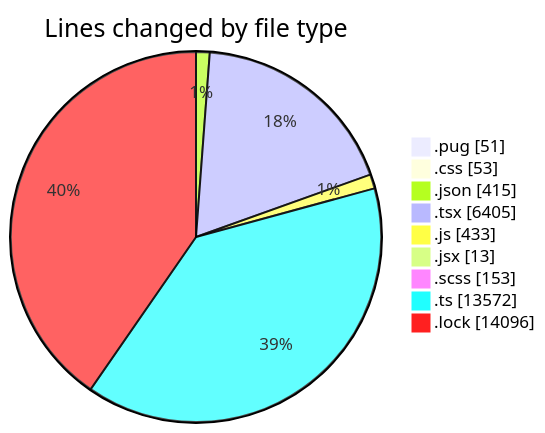
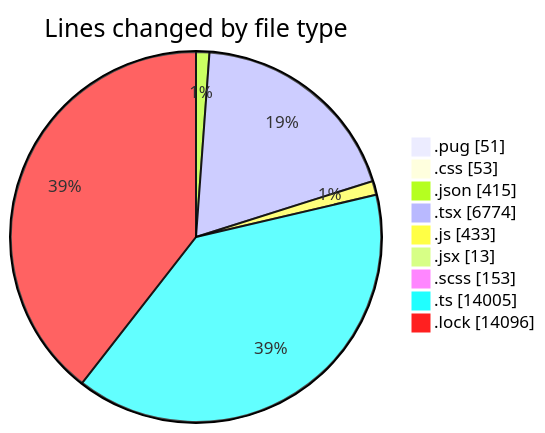
The first of 2 diagrams in 2025-11-06/cda/README.md (momahboobian/code-tracking), drawn with Mermaid before and after one commit. The commit also changed other lines of this file and 1 other file, not shown here.

````diff
--- a/2025-11-06/cda/README.md
+++ b/2025-11-06/cda/README.md
@@ -47,13 +48,13 @@
 ```mermaid
 pie showData
 title Lines changed by file type
 ".pug" : 51
 ".css" : 53
 ".json" : 415
-".tsx" : 6405
+".tsx" : 6774
 ".js" : 433
 ".jsx" : 13
 ".scss" : 153
-".ts" : 13572
+".ts" : 14005
 ".lock" : 14096
 ```
````
